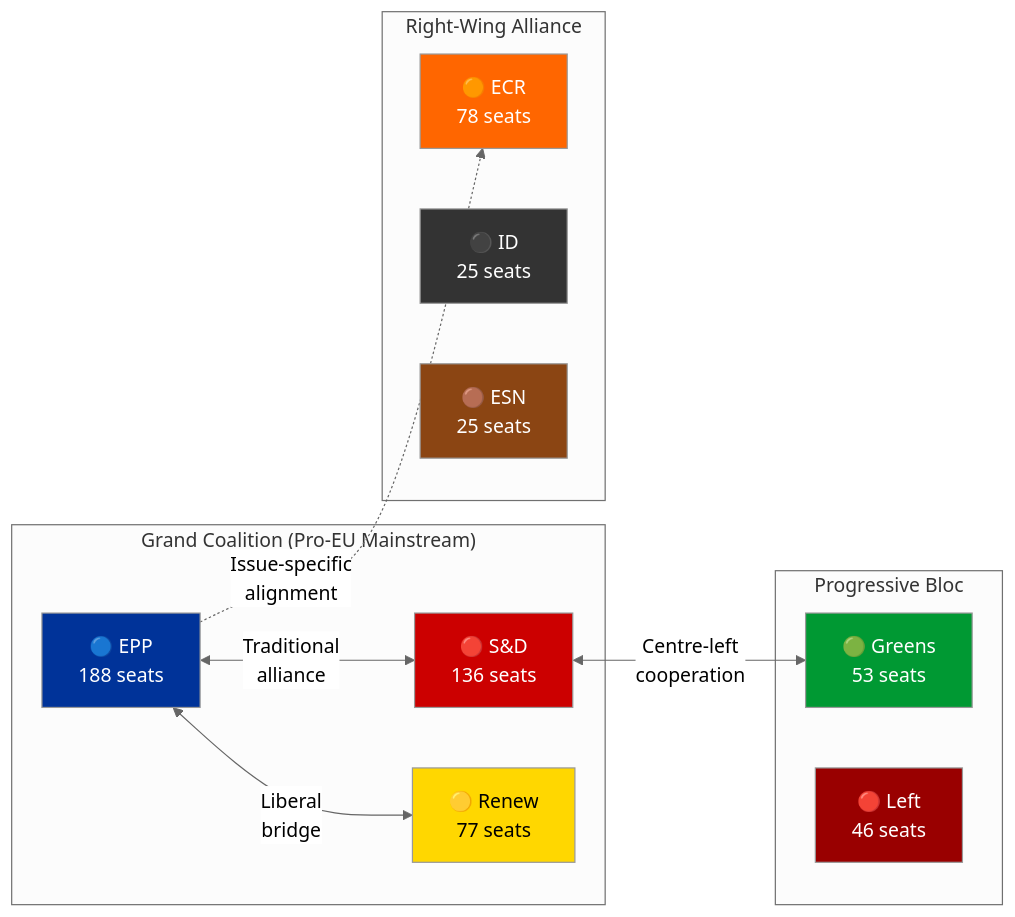
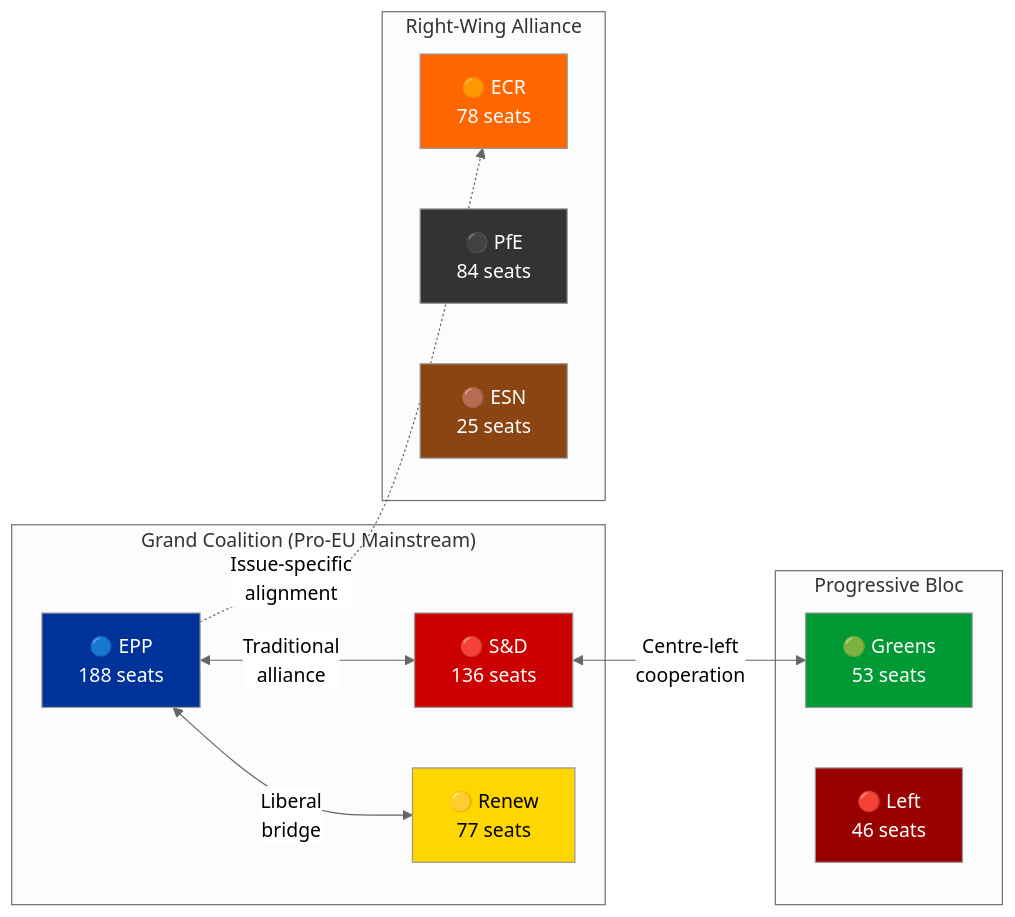
One commit to Hack23/euparliamentmonitor changed the third of 4 diagrams in docs/analysis-methodology/political-landscape-analysis.md. Above: the diagram before and after it, drawn with Mermaid (neutral theme). The commit also changed other lines of this file and 10 other files, not shown here.

````diff
--- a/docs/analysis-methodology/political-landscape-analysis.md
+++ b/docs/analysis-methodology/political-landscape-analysis.md
@@ -139,33 +139,33 @@
 ```mermaid
 flowchart LR
     subgraph "Grand Coalition (Pro-EU Mainstream)"
         EPP["🔵 EPP<br/>188 seats"]
         SD["🔴 S&D<br/>136 seats"]
         RN["🟡 Renew<br/>77 seats"]
     end
 
     subgraph "Right-Wing Alliance"
         ECR["🟠 ECR<br/>78 seats"]
-        ID["⚫ ID<br/>25 seats"]
+        PfE["⚫ PfE<br/>84 seats"]
         ESN["🟤 ESN<br/>25 seats"]
     end
 
     subgraph "Progressive Bloc"
         GR["🟢 Greens<br/>53 seats"]
         LF["🔴 Left<br/>46 seats"]
     end
 
     EPP <-->|"Traditional<br/>alliance"| SD
     EPP <-->|"Liberal<br/>bridge"| RN
     SD <-->|"Centre-left<br/>cooperation"| GR
     EPP -.->|"Issue-specific<br/>alignment"| ECR
 
     style EPP fill:#003399,color:#fff
     style SD fill:#cc0000,color:#fff
     style RN fill:#FFD700,color:#000
     style ECR fill:#FF6600,color:#fff
-    style ID fill:#333333,color:#fff
+    style PfE fill:#333333,color:#fff
     style ESN fill:#8B4513,color:#fff
     style GR fill:#009933,color:#fff
     style LF fill:#990000,color:#fff
 ```
````
